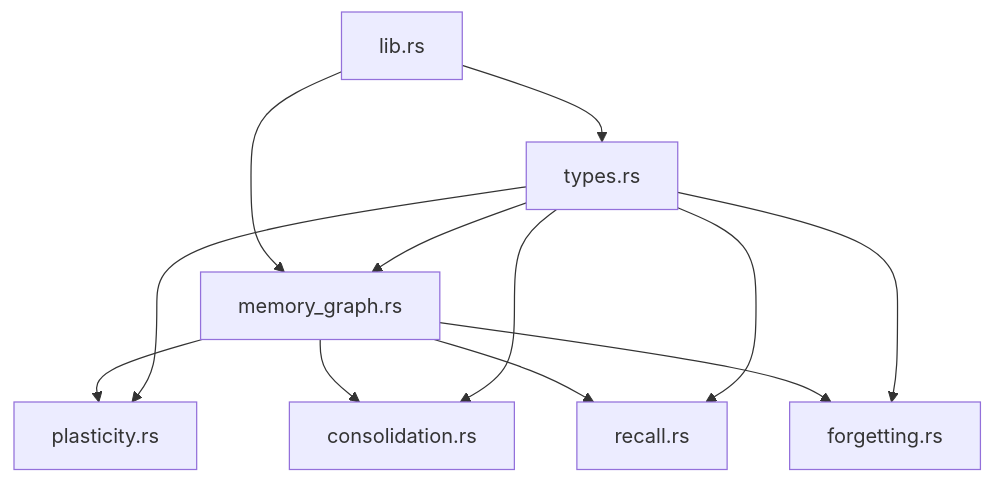
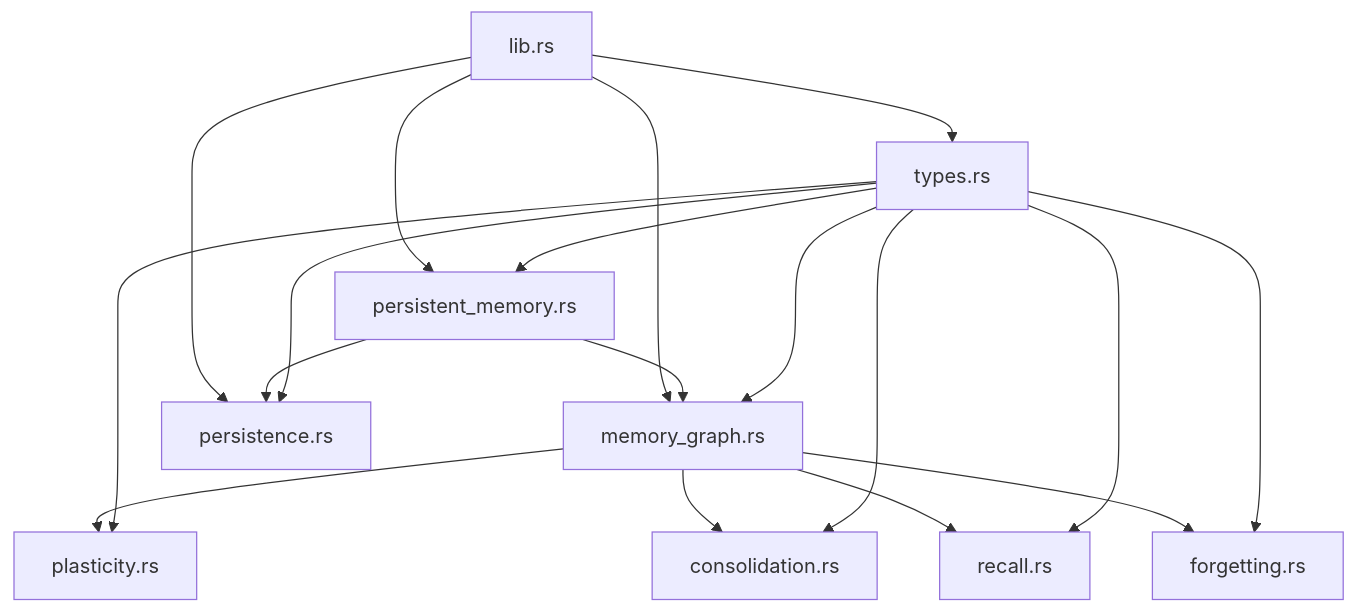
One commit to theQuarky/hippocampus changed the diagram in docs/DEVELOPER_GUIDE.md. Above: the diagram before and after it, drawn with Mermaid. The commit also changed other lines of this file and 93 other files, not shown here.

````diff
--- a/docs/DEVELOPER_GUIDE.md
+++ b/docs/DEVELOPER_GUIDE.md
@@ -56,14 +64,20 @@
 ```mermaid
 graph TD
     A[lib.rs] --> B[types.rs]
     A --> C[memory_graph.rs]
+    A --> H[persistence.rs]
+    A --> I[persistent_memory.rs]
     C --> D[plasticity.rs]
     C --> E[consolidation.rs]
     C --> F[recall.rs]
     C --> G[forgetting.rs]
+    I --> C
+    I --> H
     B --> C
     B --> D
     B --> E
     B --> F
     B --> G
+    B --> H
+    B --> I
 ```
````
